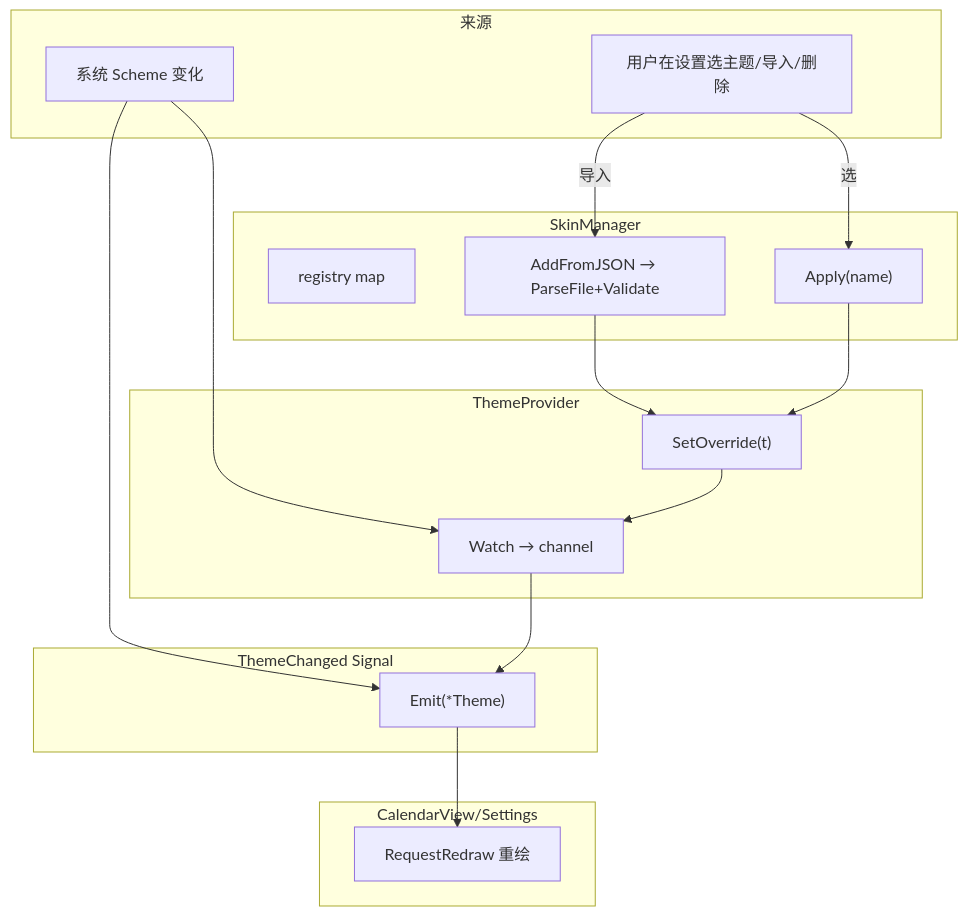
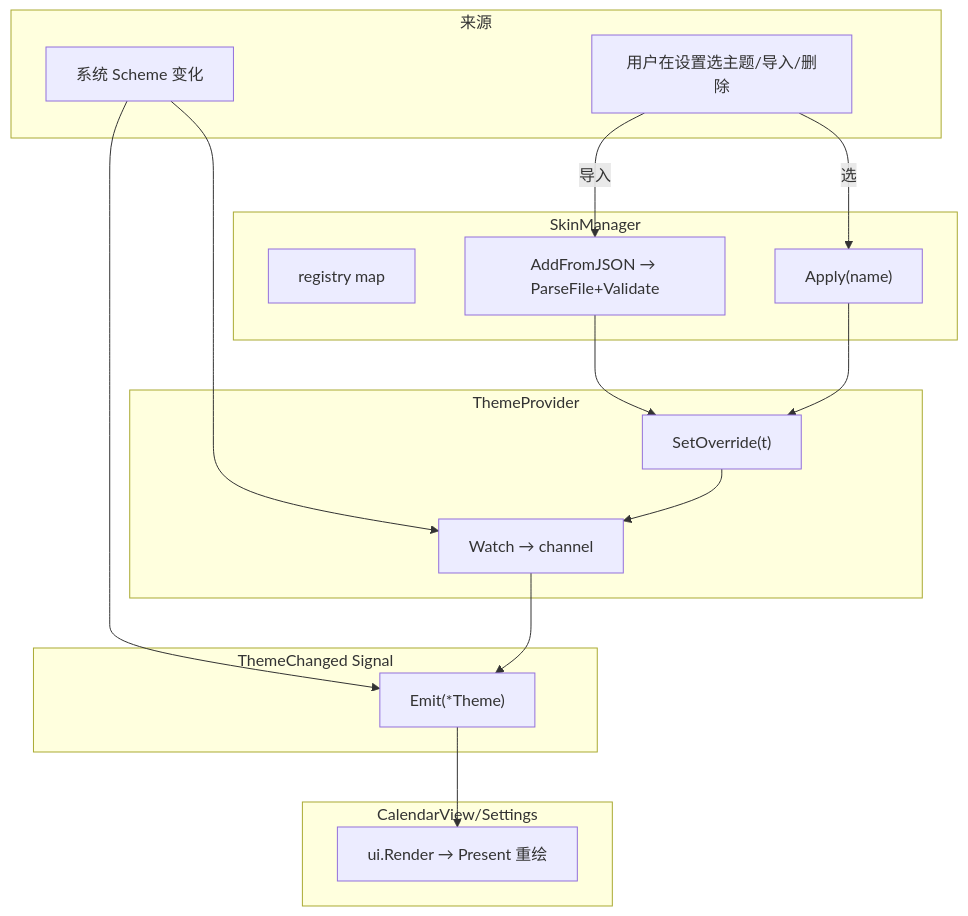
The second of 4 diagrams in docs/40-Theme/Skin.md (shaolei/DeskCalendar), drawn with Mermaid before and after one commit. The commit also changed other lines of this file and 25 other files, not shown here.

````diff
--- a/docs/40-Theme/Skin.md
+++ b/docs/40-Theme/Skin.md
@@ -70,32 +70,32 @@
 ```mermaid
 flowchart TB
     subgraph SRC["来源"]
         SYS["系统 Scheme 变化"]
         USR["用户在设置选主题/导入/删除"]
     end
     subgraph SK["SkinManager"]
         REG["registry map"]
         AP["Apply(name)"]
         LJ["AddFromJSON → ParseFile+Validate"]
     end
     subgraph PR["ThemeProvider"]
         OV["SetOverride(t)"]
         WC["Watch → channel"]
     end
     subgraph SIG["ThemeChanged Signal"]
         EM["Emit(*Theme)"]
     end
     subgraph UI["CalendarView/Settings"]
-        RD["RequestRedraw 重绘"]
+        RD["ui.Render → Present 重绘"]
     end
 
     SYS --> WC
     USR -->|选| AP
     USR -->|导入| LJ
     AP --> OV
     LJ --> OV
     OV --> WC
     WC --> EM
     SYS --> EM
     EM --> RD
 ```
````
